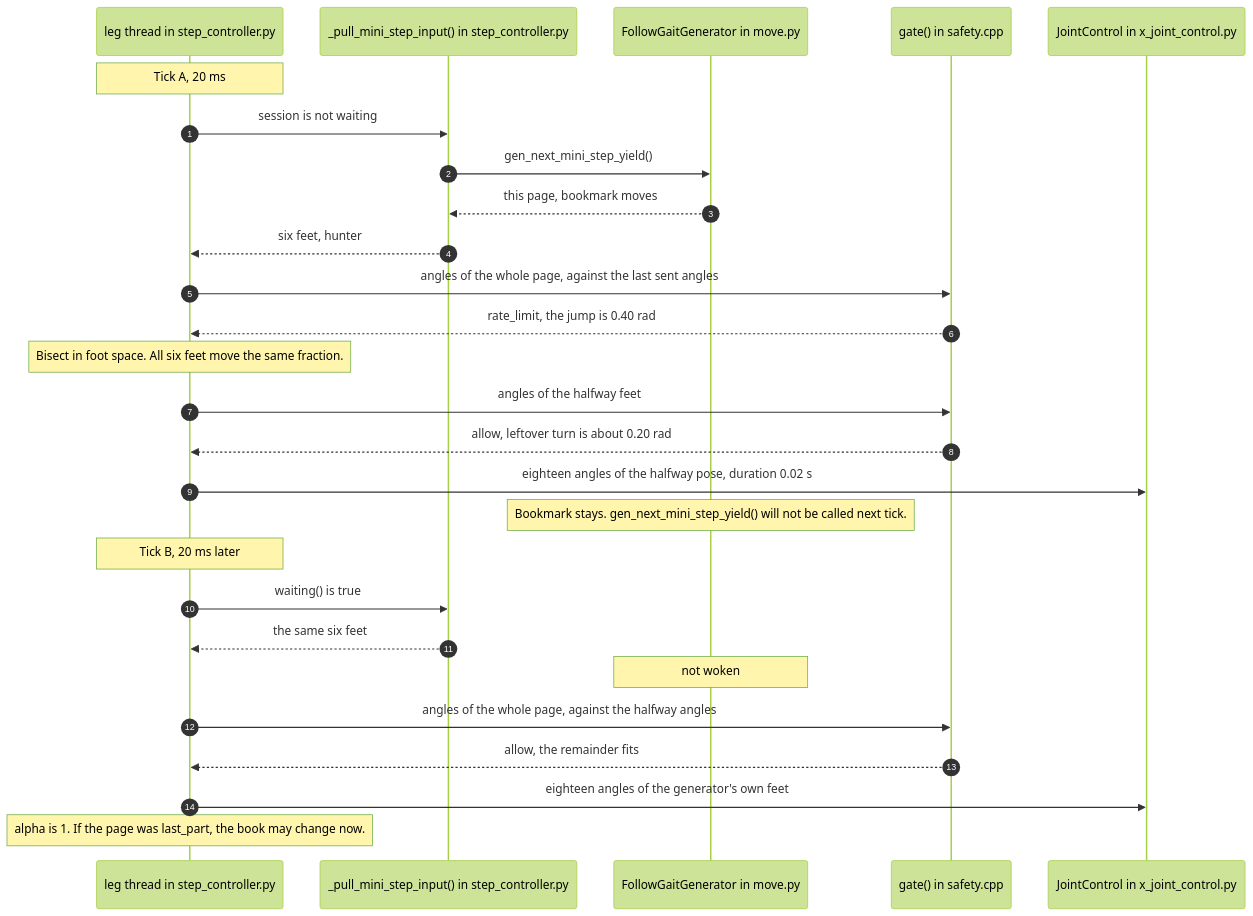
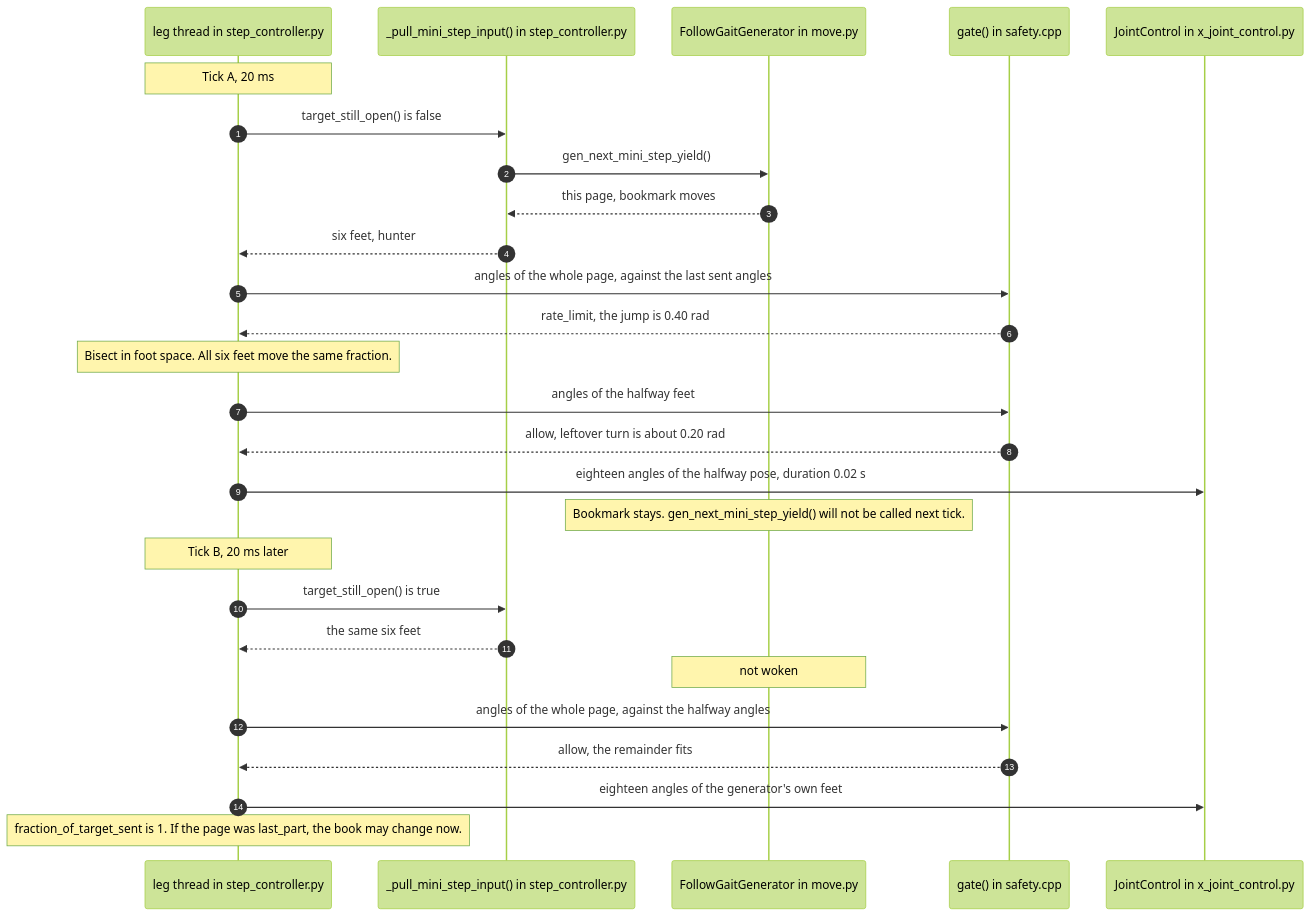
Before and after one commit to ganapetya/masha: the seventh of 8 diagrams in ros2_ws/src/hexapod_kinematics/movement.md, drawn with Mermaid (forest theme). The commit also changed other lines of this file and 9 other files, not shown here.

````diff
--- a/ros2_ws/src/hexapod_kinematics/movement.md
+++ b/ros2_ws/src/hexapod_kinematics/movement.md
@@ -346,31 +349,31 @@
 ```mermaid
 sequenceDiagram
     autonumber
     participant Legs as leg thread in step_controller.py
     participant Pull as _pull_mini_step_input() in step_controller.py
     participant Film as FollowGaitGenerator in move.py
     participant Gate as gate() in safety.cpp
     participant Servo as JointControl in x_joint_control.py
 
     Note over Legs: Tick A, 20 ms
-    Legs->>Pull: session is not waiting
+    Legs->>Pull: target_still_open() is false
     Pull->>Film: gen_next_mini_step_yield()
     Film-->>Pull: this page, bookmark moves
     Pull-->>Legs: six feet, hunter
     Legs->>Gate: angles of the whole page, against the last sent angles
     Gate-->>Legs: rate_limit, the jump is 0.40 rad
     Note over Legs: Bisect in foot space. All six feet move the same fraction.
     Legs->>Gate: angles of the halfway feet
     Gate-->>Legs: allow, leftover turn is about 0.20 rad
     Legs->>Servo: eighteen angles of the halfway pose, duration 0.02 s
     Note over Film: Bookmark stays. gen_next_mini_step_yield() will not be called next tick.
 
     Note over Legs: Tick B, 20 ms later
-    Legs->>Pull: waiting() is true
+    Legs->>Pull: target_still_open() is true
     Pull-->>Legs: the same six feet
     Note over Film: not woken
     Legs->>Gate: angles of the whole page, against the halfway angles
     Gate-->>Legs: allow, the remainder fits
     Legs->>Servo: eighteen angles of the generator's own feet
-    Note over Legs: alpha is 1. If the page was last_part, the book may change now.
+    Note over Legs: fraction_of_target_sent is 1. If the page was last_part, the book may change now.
 ```
````
